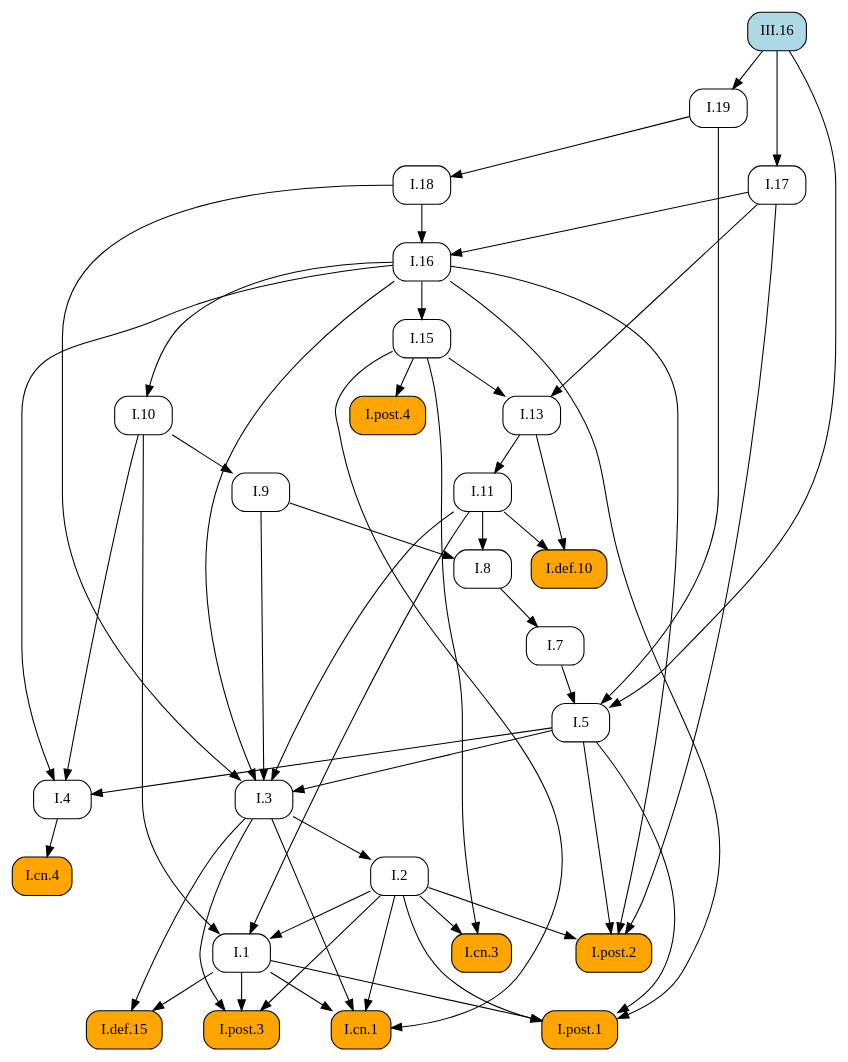
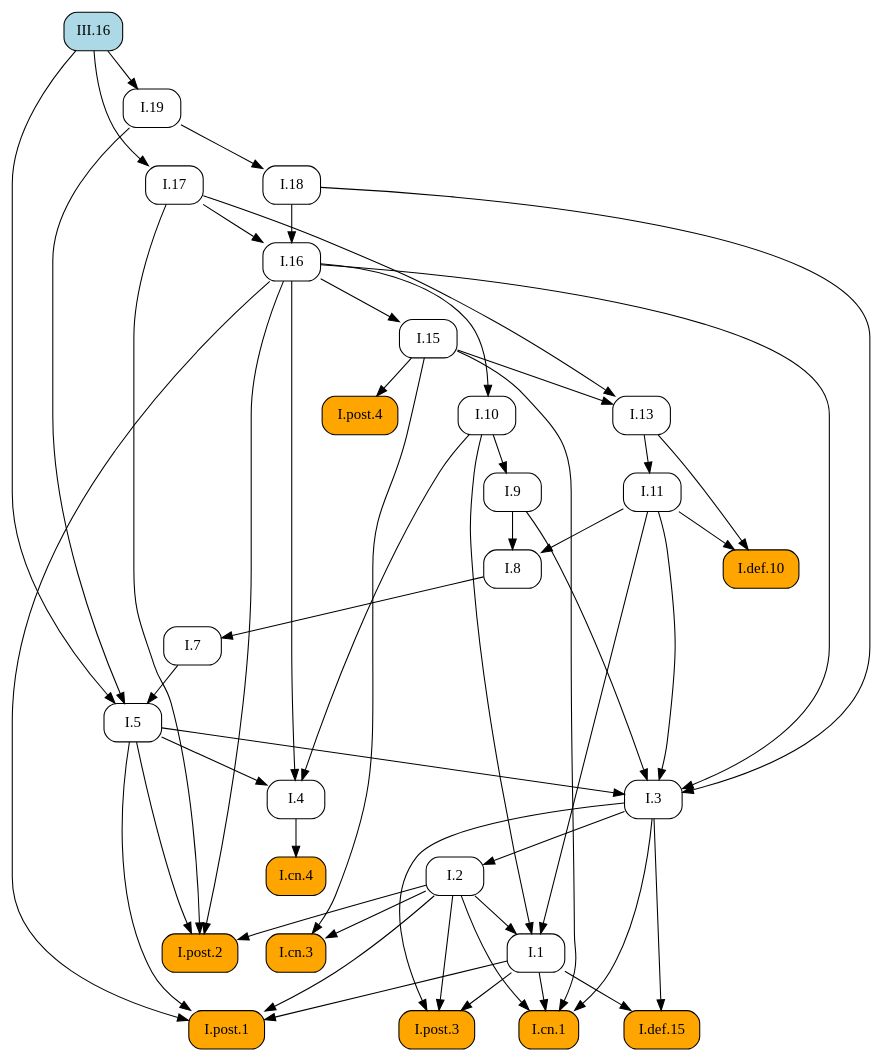
The diagram in docsrc/elements2/III/16/index.rst (geometor/elements), drawn with Graphviz before and after one commit. The commit also changed other lines of this file and 171 other files, not shown here.

```diff
--- a/docsrc/elements2/III/16/index.rst
+++ b/docsrc/elements2/III/16/index.rst
@@ -109,82 +109,82 @@
    digraph {
      rankdir="TB";
      node [shape=box, style=rounded];
+     "I.8" [URL="/elements2/I/8/", target="_top"];
+     "I.19" [URL="/elements2/I/19/", target="_top"];
+     "I.1" [URL="/elements2/I/1/", target="_top"];
+     "I.cn.4" [style="rounded,filled", fillcolor=orange, URL="/elements2/I/cn.4/", target="_top"];
+     "I.cn.3" [style="rounded,filled", fillcolor=orange, URL="/elements2/I/cn.3/", target="_top"];
+     "I.7" [URL="/elements2/I/7/", target="_top"];
+     "I.17" [URL="/elements2/I/17/", target="_top"];
+     "I.post.1" [style="rounded,filled", fillcolor=orange, URL="/elements2/I/post.1/", target="_top"];
+     "I.9" [URL="/elements2/I/9/", target="_top"];
+     "I.5" [URL="/elements2/I/5/", target="_top"];
+     "I.cn.1" [style="rounded,filled", fillcolor=orange, URL="/elements2/I/cn.1/", target="_top"];
      "I.16" [URL="/elements2/I/16/", target="_top"];
      "I.def.10" [style="rounded,filled", fillcolor=orange, URL="/elements2/I/def.10/", target="_top"];
-     "I.9" [URL="/elements2/I/9/", target="_top"];
      "I.18" [URL="/elements2/I/18/", target="_top"];
+     "I.13" [URL="/elements2/I/13/", target="_top"];
+     "I.post.4" [style="rounded,filled", fillcolor=orange, URL="/elements2/I/post.4/", target="_top"];
+     "I.2" [URL="/elements2/I/2/", target="_top"];
+     "I.def.15" [style="rounded,filled", fillcolor=orange, URL="/elements2/I/def.15/", target="_top"];
+     "I.4" [URL="/elements2/I/4/", target="_top"];
+     "I.11" [URL="/elements2/I/11/", target="_top"];
+     "I.10" [URL="/elements2/I/10/", target="_top"];
+     "I.15" [URL="/elements2/I/15/", target="_top"];
      "III.16" [style="rounded,filled", fillcolor=lightblue, URL="/elements2/III/16/", target="_top"];
-     "I.2" [URL="/elements2/I/2/", target="_top"];
-     "I.8" [URL="/elements2/I/8/", target="_top"];
-     "I.15" [URL="/elements2/I/15/", target="_top"];
-     "I.def.15" [style="rounded,filled", fillcolor=orange, URL="/elements2/I/def.15/", target="_top"];
-     "I.cn.4" [style="rounded,filled", fillcolor=orange, URL="/elements2/I/cn.4/", target="_top"];
+     "I.post.2" [style="rounded,filled", fillcolor=orange, URL="/elements2/I/post.2/", target="_top"];
+     "I.3" [URL="/elements2/I/3/", target="_top"];
      "I.post.3" [style="rounded,filled", fillcolor=orange, URL="/elements2/I/post.3/", target="_top"];
-     "I.1" [URL="/elements2/I/1/", target="_top"];
-     "I.post.2" [style="rounded,filled", fillcolor=orange, URL="/elements2/I/post.2/", target="_top"];
-     "I.13" [URL="/elements2/I/13/", target="_top"];
-     "I.10" [URL="/elements2/I/10/", target="_top"];
-     "I.post.1" [style="rounded,filled", fillcolor=orange, URL="/elements2/I/post.1/", target="_top"];
-     "I.7" [URL="/elements2/I/7/", target="_top"];
-     "I.post.4" [style="rounded,filled", fillcolor=orange, URL="/elements2/I/post.4/", target="_top"];
-     "I.cn.1" [style="rounded,filled", fillcolor=orange, URL="/elements2/I/cn.1/", target="_top"];
-     "I.3" [URL="/elements2/I/3/", target="_top"];
-     "I.cn.3" [style="rounded,filled", fillcolor=orange, URL="/elements2/I/cn.3/", target="_top"];
-     "I.11" [URL="/elements2/I/11/", target="_top"];
-     "I.17" [URL="/elements2/I/17/", target="_top"];
-     "I.19" [URL="/elements2/I/19/", target="_top"];
-     "I.5" [URL="/elements2/I/5/", target="_top"];
-     "I.4" [URL="/elements2/I/4/", target="_top"];
+     "I.9" -> "I.8";
+     "I.11" -> "I.8";
+     "III.16" -> "I.19";
+     "I.2" -> "I.1";
+     "I.10" -> "I.1";
+     "I.11" -> "I.1";
+     "I.4" -> "I.cn.4";
+     "I.2" -> "I.cn.3";
+     "I.15" -> "I.cn.3";
+     "I.8" -> "I.7";
+     "III.16" -> "I.17";
+     "I.1" -> "I.post.1";
+     "I.2" -> "I.post.1";
+     "I.5" -> "I.post.1";
+     "I.16" -> "I.post.1";
+     "I.10" -> "I.9";
+     "I.7" -> "I.5";
+     "I.19" -> "I.5";
+     "III.16" -> "I.5";
+     "I.1" -> "I.cn.1";
+     "I.2" -> "I.cn.1";
+     "I.3" -> "I.cn.1";
+     "I.15" -> "I.cn.1";
      "I.17" -> "I.16";
      "I.18" -> "I.16";
      "I.11" -> "I.def.10";
      "I.13" -> "I.def.10";
-     "I.10" -> "I.9";
      "I.19" -> "I.18";
+     "I.15" -> "I.13";
+     "I.17" -> "I.13";
+     "I.15" -> "I.post.4";
      "I.3" -> "I.2";
-     "I.9" -> "I.8";
-     "I.11" -> "I.8";
-     "I.16" -> "I.15";
      "I.1" -> "I.def.15";
      "I.3" -> "I.def.15";
-     "I.4" -> "I.cn.4";
-     "I.1" -> "I.post.3";
-     "I.2" -> "I.post.3";
-     "I.3" -> "I.post.3";
-     "I.2" -> "I.1";
-     "I.10" -> "I.1";
-     "I.11" -> "I.1";
+     "I.5" -> "I.4";
+     "I.10" -> "I.4";
+     "I.16" -> "I.4";
+     "I.13" -> "I.11";
+     "I.16" -> "I.10";
+     "I.16" -> "I.15";
      "I.2" -> "I.post.2";
      "I.5" -> "I.post.2";
      "I.16" -> "I.post.2";
      "I.17" -> "I.post.2";
-     "I.15" -> "I.13";
-     "I.17" -> "I.13";
-     "I.16" -> "I.10";
-     "I.1" -> "I.post.1";
-     "I.2" -> "I.post.1";
-     "I.5" -> "I.post.1";
-     "I.16" -> "I.post.1";
-     "I.8" -> "I.7";
-     "I.15" -> "I.post.4";
-     "I.1" -> "I.cn.1";
-     "I.2" -> "I.cn.1";
-     "I.3" -> "I.cn.1";
-     "I.15" -> "I.cn.1";
      "I.5" -> "I.3";
      "I.9" -> "I.3";
      "I.11" -> "I.3";
      "I.16" -> "I.3";
      "I.18" -> "I.3";
-     "I.2" -> "I.cn.3";
-     "I.15" -> "I.cn.3";
-     "I.13" -> "I.11";
-     "III.16" -> "I.17";
-     "III.16" -> "I.19";
-     "I.7" -> "I.5";
-     "I.19" -> "I.5";
-     "III.16" -> "I.5";
-     "I.5" -> "I.4";
-     "I.10" -> "I.4";
-     "I.16" -> "I.4";
+     "I.1" -> "I.post.3";
+     "I.2" -> "I.post.3";
+     "I.3" -> "I.post.3";
    }
```
